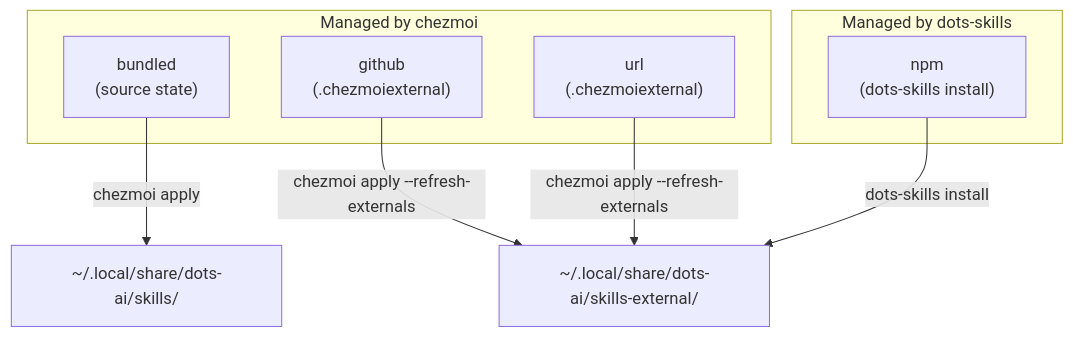
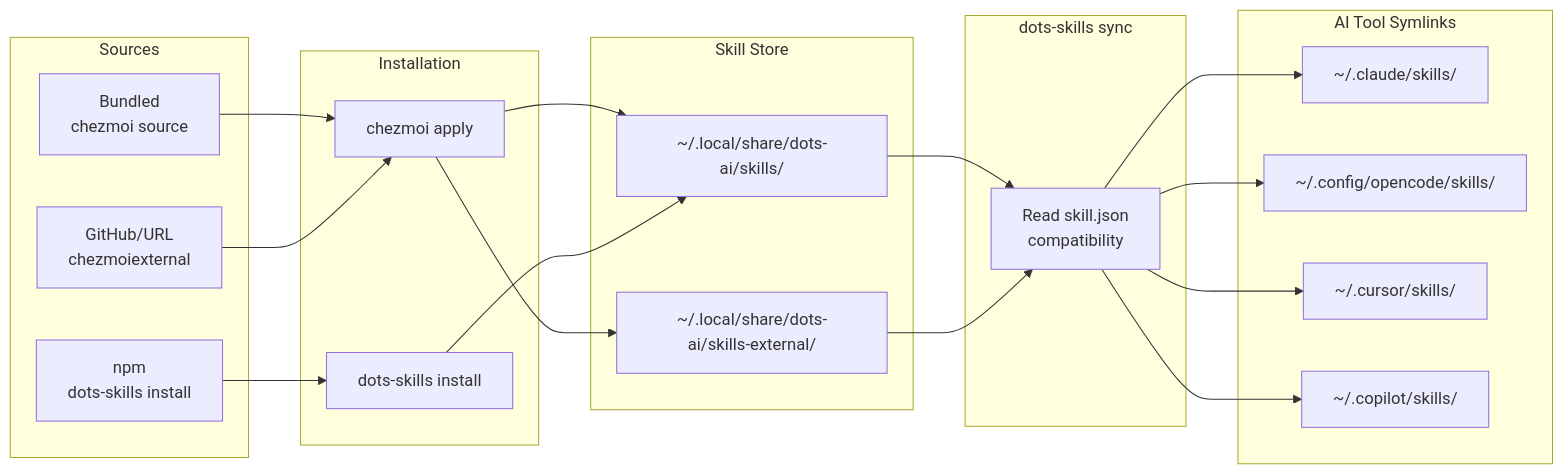
Before and after one commit to ulises-jeremias/dots-ai: the diagram in docs/SKILLS.md, drawn with Mermaid. The commit also changed other lines of this file and 432 other files, not shown here.

````diff
--- a/docs/SKILLS.md
+++ b/docs/SKILLS.md
@@ -96,17 +7,39 @@
 ```mermaid
-flowchart TD
-    subgraph chezmoi_managed["Managed by chezmoi"]
-        bundled["bundled\n(source state)"]
-        github["github\n(.chezmoiexternal)"]
-        url["url\n(.chezmoiexternal)"]
+flowchart LR
+    subgraph Sources
+        B[Bundled<br/>chezmoi source]
+        N[npm<br/>dots-skills install]
+        G[GitHub/URL<br/>chezmoiexternal]
     end
 
-    subgraph cli_managed["Managed by dots-skills"]
-        npm["npm\n(dots-skills install)"]
+    subgraph Install["Installation"]
+        CA[chezmoi apply]
+        NS[dots-skills install]
     end
 
-    bundled -->|"chezmoi apply"| skills["~/.local/share/dots-ai/skills/"]
-    github -->|"chezmoi apply --refresh-externals"| ext["~/.local/share/dots-ai/skills-external/"]
-    url -->|"chezmoi apply --refresh-externals"| ext
-    npm -->|"dots-skills install"| ext
+    subgraph Store["Skill Store"]
+        S1["~/.local/share/dots-ai/skills/"]
+        S2["~/.local/share/dots-ai/skills-external/"]
+    end
+
+    subgraph Sync["dots-skills sync"]
+        SJ["Read skill.json<br/>compatibility"]
+    end
+
+    subgraph Tools["AI Tool Symlinks"]
+        T1["~/.claude/skills/"]
+        T2["~/.config/opencode/skills/"]
+        T3["~/.cursor/skills/"]
+        T4["~/.copilot/skills/"]
+    end
+
+    B --> CA --> S1
+    N --> NS --> S1
+    G --> CA --> S2
+    S1 --> SJ
+    S2 --> SJ
+    SJ --> T1
+    SJ --> T2
+    SJ --> T3
+    SJ --> T4
 ```
````
